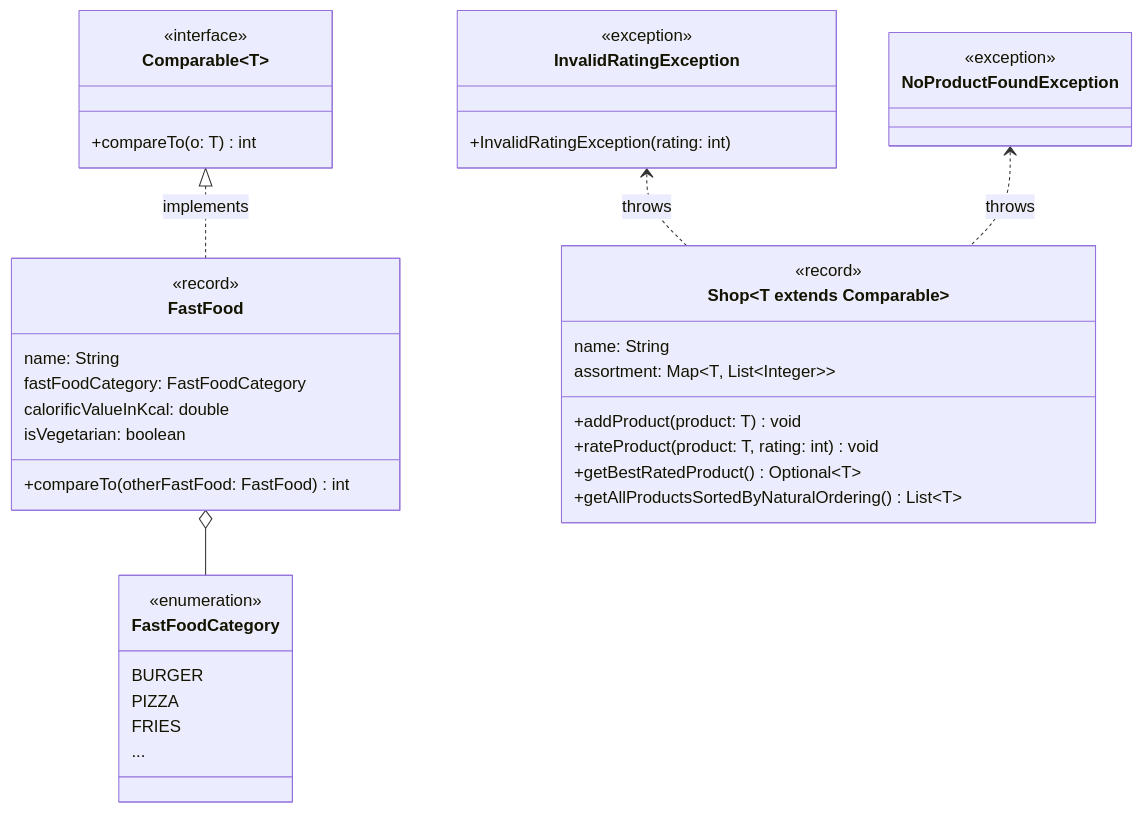
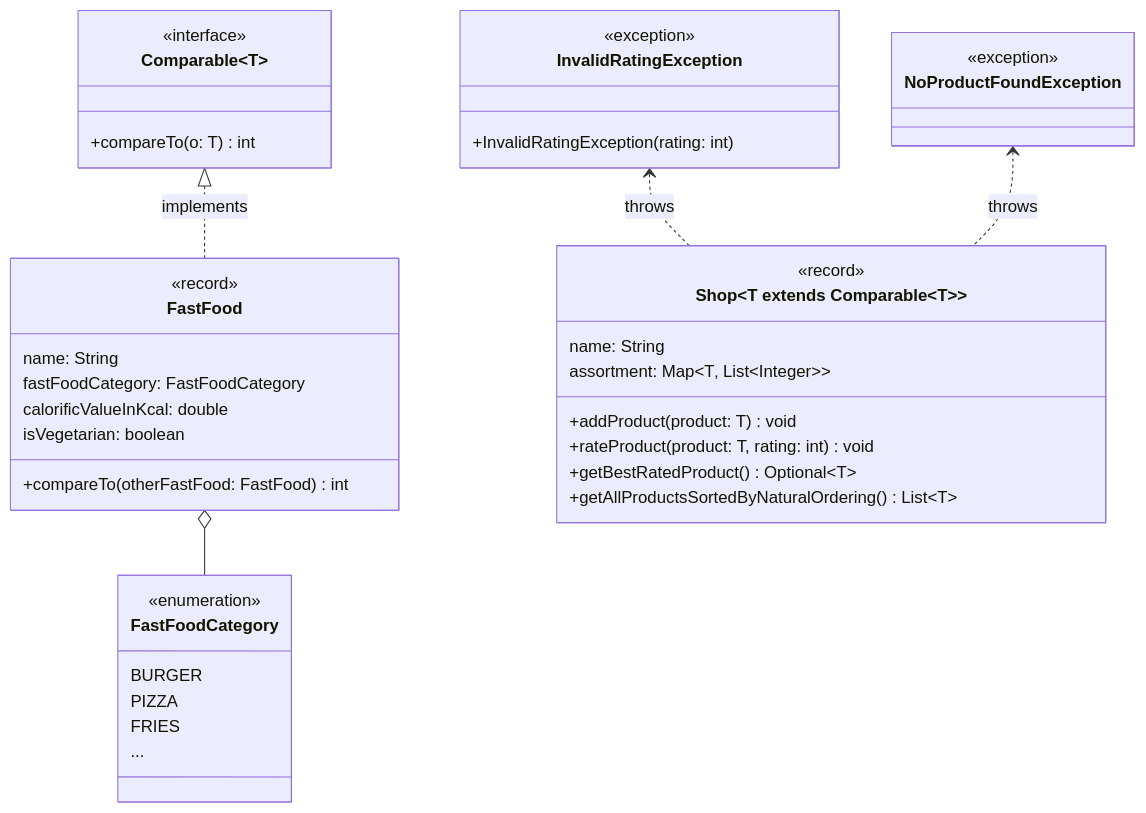
Before and after one commit to appenmaier/java_wwibe123: the diagram in test-exercise.md, drawn with Mermaid.

````diff
--- a/test-exercise.md
+++ b/test-exercise.md
@@ -6,48 +6,48 @@
 ```mermaid
 classDiagram
     FastFood o-- FastFoodCategory
     Comparable~T~ <|.. FastFood: implements
-    InvalidRatingException <.. Shop~T extends Comparable<T>~: throws
-    NoProductFoundException <.. Shop~T extends Comparable<T>~: throws
+    InvalidRatingException <.. Shop~T extends Comparable&#60T&#62~: throws
+    NoProductFoundException <.. Shop~T extends Comparable&#60T&#62~: throws
 
     class FastFoodCategory {
         <<enumeration>>
         BURGER
         PIZZA
         FRIES
         ...
     }
 
     class FastFood {
         <<record>>
         name: String
         fastFoodCategory: FastFoodCategory
         calorificValueInKcal: double
         isVegetarian: boolean
         +compareTo(otherFastFood: FastFood) int
     }
 
-    class Shop~T extends Comparable<T>~ {
+    class Shop~T extends Comparable&#60T&#62~ {
         <<record>>
         name: String
         assortment: Map~T&sbquo; List~Integer~~
         +addProduct(product: T) void
         +rateProduct(product: T, rating: int) void
         +getBestRatedProduct() Optional~T~
         +getAllProductsSortedByNaturalOrdering() List~T~
     }
 
     class Comparable~T~ {
         <<interface>>
         +compareTo(o: T) int
     }
 
     class InvalidRatingException {
         <<exception>>
         +InvalidRatingException(rating: int)
     }
 
     class NoProductFoundException {
         <<exception>>
     }
 ```
````
